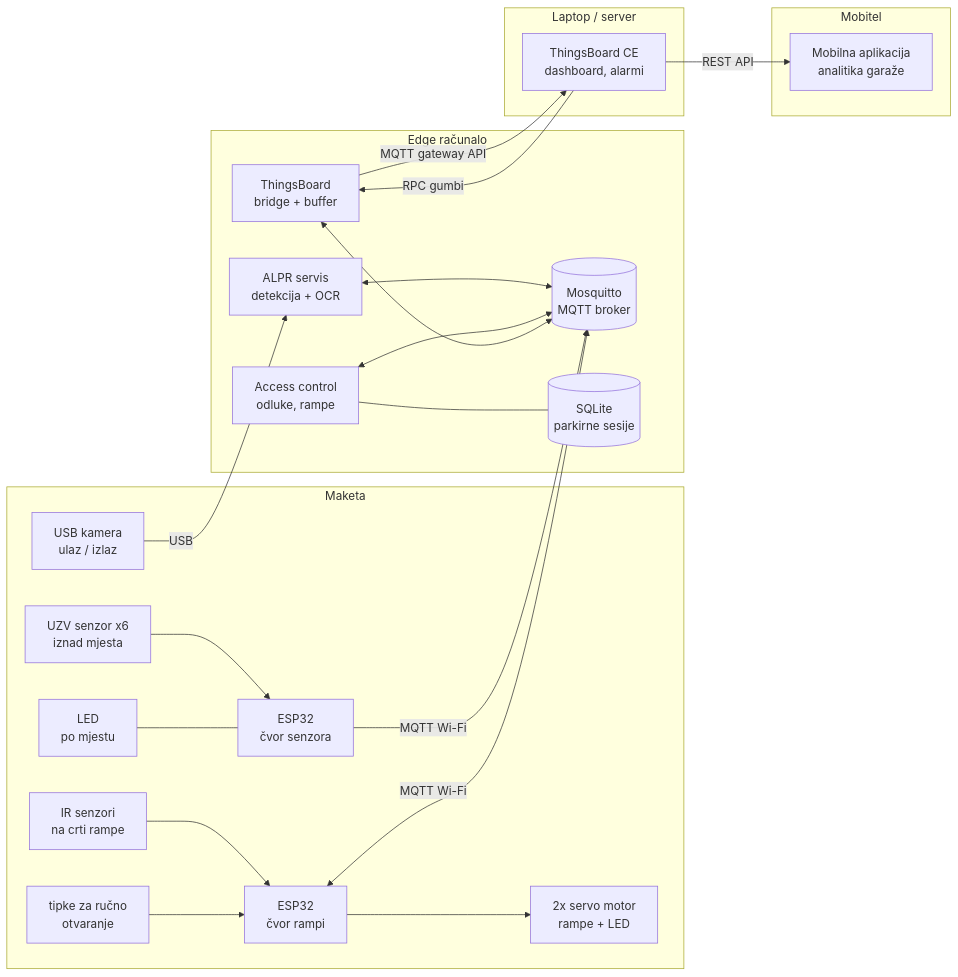
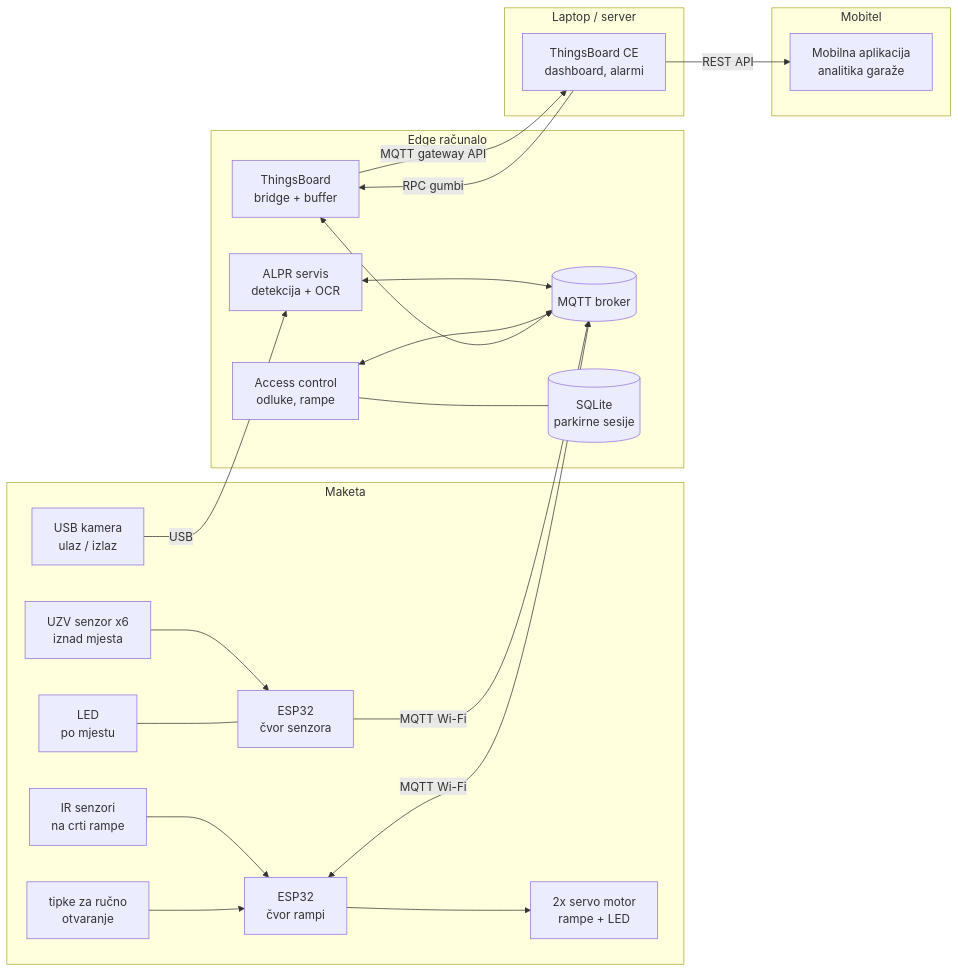
Before and after one commit to iampaviic/IoTGarage: the first of 3 diagrams in PROJEKT/sustav/arhitektura.md, drawn with Mermaid. The commit also changed other lines of this file, not shown here.

First line of the commit message:
Architecture: generic component and platform names throughout

````diff
--- a/PROJEKT/sustav/arhitektura.md
+++ b/PROJEKT/sustav/arhitektura.md
@@ -14,38 +14,38 @@
 ```mermaid
 flowchart LR
   subgraph Maketa
     S1[UZV senzor x6<br/>iznad mjesta] --> ESPS[ESP32<br/>čvor senzora]
     LED[LED<br/>po mjestu] --- ESPS
     IR[IR senzori<br/>na crti rampe] --> ESPR[ESP32<br/>čvor rampi]
     BTN[tipke za ručno<br/>otvaranje] --> ESPR
     ESPR --> SERVO[2x servo motor<br/>rampe + LED]
     CAM[USB kamera<br/>ulaz / izlaz]
   end
 
   subgraph Edge["Edge računalo"]
-    MQ[(Mosquitto<br/>MQTT broker)]
+    MQ[(MQTT broker)]
     ALPR[ALPR servis<br/>detekcija + OCR]
     AC[Access control<br/>odluke, rampe]
     DB[(SQLite<br/>parkirne sesije)]
     BR[ThingsBoard<br/>bridge + buffer]
   end
 
   subgraph Oblak["Laptop / server"]
     TB[ThingsBoard CE<br/>dashboard, alarmi]
   end
 
   subgraph Mobitel
     APP[Mobilna aplikacija<br/>analitika garaže]
   end
 
   ESPS -- MQTT Wi-Fi --> MQ
   ESPR <-- MQTT Wi-Fi --> MQ
   CAM -- USB --> ALPR
   ALPR <--> MQ
   AC <--> MQ
   AC --- DB
   BR <--> MQ
   BR -- MQTT gateway API --> TB
   TB -- RPC gumbi --> BR
   TB -- REST API --> APP
 ```
````
